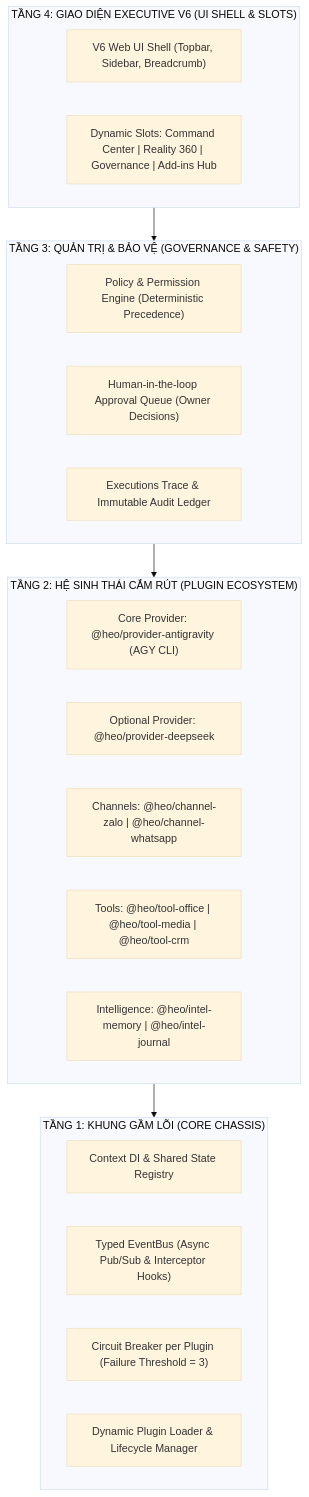
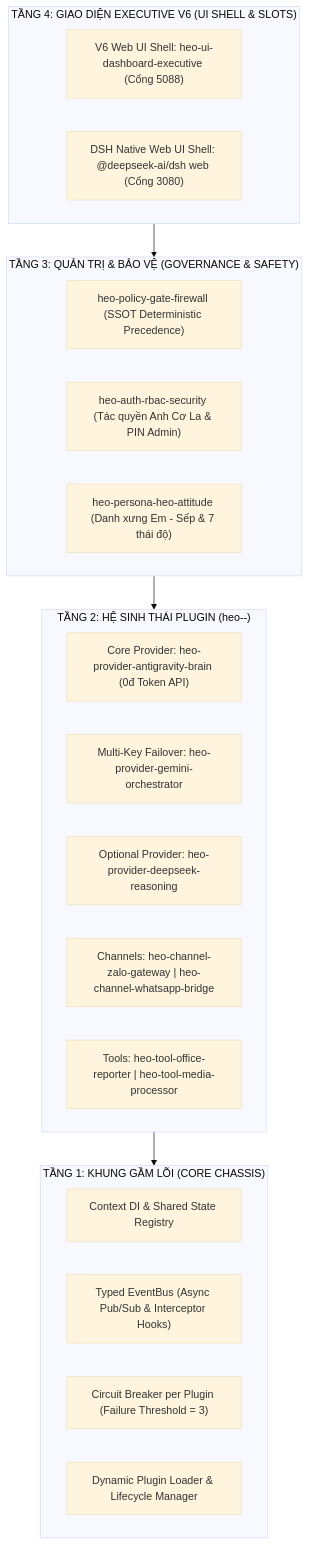
One commit to Genesis-ryan-84-0567536339/heo-harness changed the diagram in docs/SSOT_ARCHITECTURE.md. Above: the diagram before and after it, drawn with Mermaid (base theme). The commit also changed other lines of this file and 3 other files, not shown here.

Commit message:
docs(memory): persist SSOT rules, GEMINI.md, AGENTS.md, and DSH standards

````diff
--- a/docs/SSOT_ARCHITECTURE.md
+++ b/docs/SSOT_ARCHITECTURE.md
@@ -32,32 +33,32 @@
 ```mermaid
 graph TD
     subgraph Layer4 ["TẦNG 4: GIAO DIỆN EXECUTIVE V6 (UI SHELL & SLOTS)"]
-        UI_Shell["V6 Web UI Shell (Topbar, Sidebar, Breadcrumb)"]
-        UI_Slots["Dynamic Slots: Command Center | Reality 360 | Governance | Add-ins Hub"]
+        UI_Shell["V6 Web UI Shell: heo-ui-dashboard-executive (Cổng 5088)"]
+        DSH_Shell["DSH Native Web UI Shell: @deepseek-ai/dsh web (Cổng 3080)"]
     end
 
     subgraph Layer3 ["TẦNG 3: QUẢN TRỊ & BẢO VỆ (GOVERNANCE & SAFETY)"]
-        Policy_Engine["Policy & Permission Engine (Deterministic Precedence)"]
-        Approval_Queue["Human-in-the-loop Approval Queue (Owner Decisions)"]
-        Trace_Auditor["Executions Trace & Immutable Audit Ledger"]
+        Policy_Engine["heo-policy-gate-firewall (SSOT Deterministic Precedence)"]
+        Auth_Security["heo-auth-rbac-security (Tác quyền Anh Cơ La & PIN Admin)"]
+        Persona_Attitude["heo-persona-heo-attitude (Danh xưng Em - Sếp & 7 thái độ)"]
     end
 
-    subgraph Layer2 ["TẦNG 2: HỆ SINH THÁI CẮM RÚT (PLUGIN ECOSYSTEM)"]
-        P_Provider["Core Provider: @heo/provider-antigravity (AGY CLI)"]
-        P_Provider_Opt["Optional Provider: @heo/provider-deepseek"]
-        P_Channel["Channels: @heo/channel-zalo | @heo/channel-whatsapp"]
-        P_Tools["Tools: @heo/tool-office | @heo/tool-media | @heo/tool-crm"]
-        P_Memory["Intelligence: @heo/intel-memory | @heo/intel-journal"]
+    subgraph Layer2 ["TẦNG 2: HỆ SINH THÁI PLUGIN (heo-<tên>-<chức năng>)"]
+        P_Provider["Core Provider: heo-provider-antigravity-brain (0đ Token API)"]
+        P_Provider_Gemini["Multi-Key Failover: heo-provider-gemini-orchestrator"]
+        P_Provider_Opt["Optional Provider: heo-provider-deepseek-reasoning"]
+        P_Channel["Channels: heo-channel-zalo-gateway | heo-channel-whatsapp-bridge"]
+        P_Tools["Tools: heo-tool-office-reporter | heo-tool-media-processor"]
     end
 
     subgraph Layer1 ["TẦNG 1: KHUNG GẦM LÕI (CORE CHASSIS)"]
         Context["Context DI & Shared State Registry"]
         EventBus["Typed EventBus (Async Pub/Sub & Interceptor Hooks)"]
         CircuitBreaker["Circuit Breaker per Plugin (Failure Threshold = 3)"]
         PluginManager["Dynamic Plugin Loader & Lifecycle Manager"]
     end
 
     Layer4 --> Layer3
     Layer3 --> Layer2
     Layer2 --> Layer1
 ```
````
